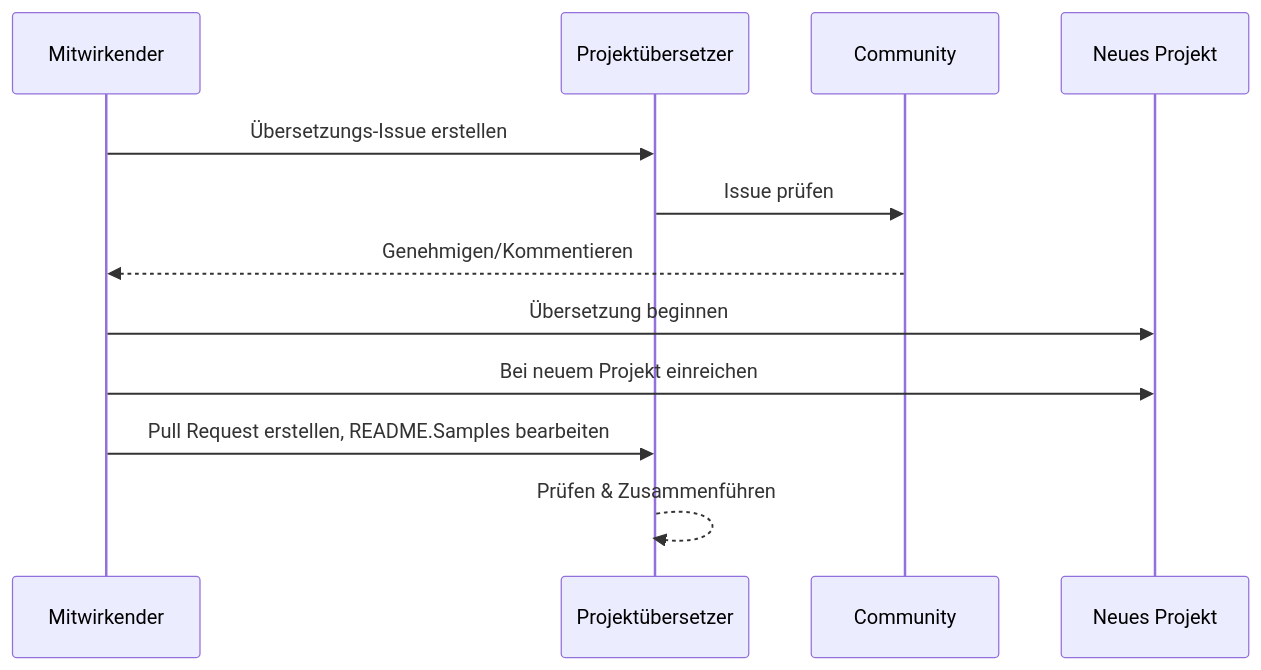
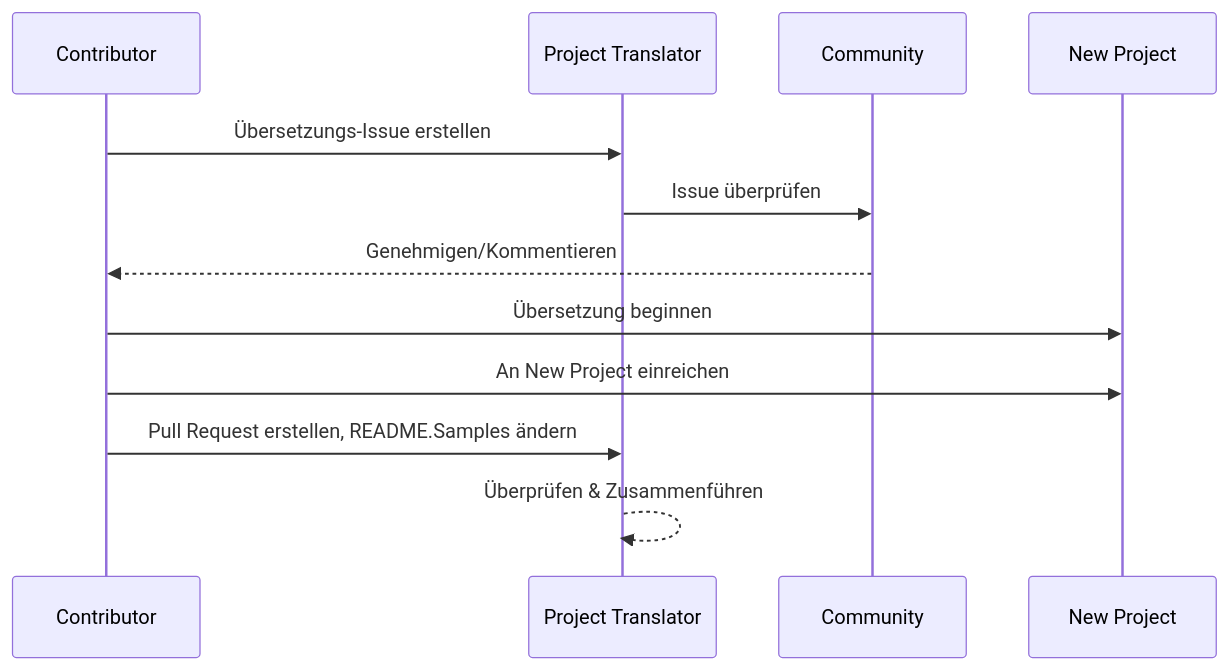
One commit to Project-Translation/project_translator changed the diagram in readmes/README.de-de.md. Above: the diagram before and after it, drawn with Mermaid. The commit also changed other lines of this file and 48 other files, not shown here.

````diff
--- a/readmes/README.de-de.md
+++ b/readmes/README.de-de.md
@@ -50,10 +56,10 @@
 ```mermaid
 sequenceDiagram
-  Mitwirkender->>Projektübersetzer: Übersetzungs-Issue erstellen
-  Projektübersetzer->>Community: Issue prüfen
-  Community-->>Mitwirkender: Genehmigen/Kommentieren
-  Mitwirkender->>Neues Projekt: Übersetzung beginnen
-  Mitwirkender->>Neues Projekt: Bei neuem Projekt einreichen
-  Mitwirkender->>Projektübersetzer: Pull Request erstellen, README.Samples bearbeiten
-  Projektübersetzer-->>Projektübersetzer: Prüfen & Zusammenführen
+  Contributor->>Project Translator: Übersetzungs-Issue erstellen
+  Project Translator->>Community: Issue überprüfen
+  Community-->>Contributor: Genehmigen/Kommentieren
+  Contributor->>New Project: Übersetzung beginnen
+  Contributor->>New Project: An New Project einreichen
+  Contributor->>Project Translator: Pull Request erstellen, README.Samples ändern
+  Project Translator-->>Project Translator: Überprüfen & Zusammenführen
 ```
````
